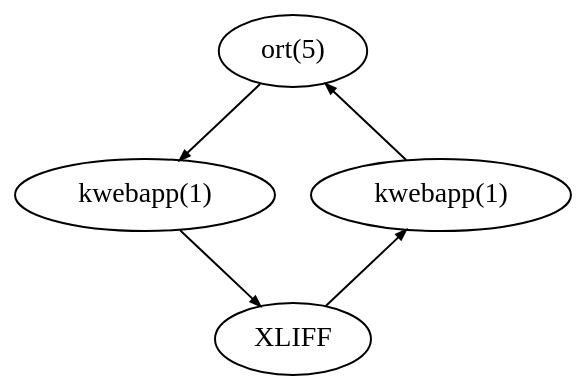
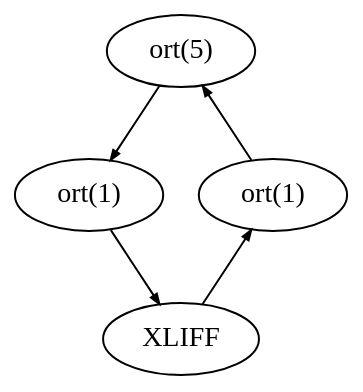
One commit to kristapsdz/openradtool changed the diagram in index-fig6.dot. Above: the diagram before and after it, drawn with Graphviz. The commit also changed 9 other files, not shown here.

Commit message:
Rename kwebapp(1) and its binary as ort(1).  This is part of the migration from kwebapp to ort.

```diff
--- a/index-fig6.dot
+++ b/index-fig6.dot
@@ -1,16 +1,16 @@
 digraph {
 	edge [arrowsize="0.5";];
 	bgcolor="transparent";
 
 	cfg[label="ort(5)"];
-	bin[label="kwebapp(1)"];
-	bin2[label="kwebapp(1)"];
+	bin[label="ort(1)"];
+	bin2[label="ort(1)"];
 	xliff[label="XLIFF"];
 
 	cfg -> bin;
 	bin -> xliff;
 	xliff -> bin2;
 	bin2 -> cfg;
 
 	{ rank=same; bin; bin2; }
 }
```
